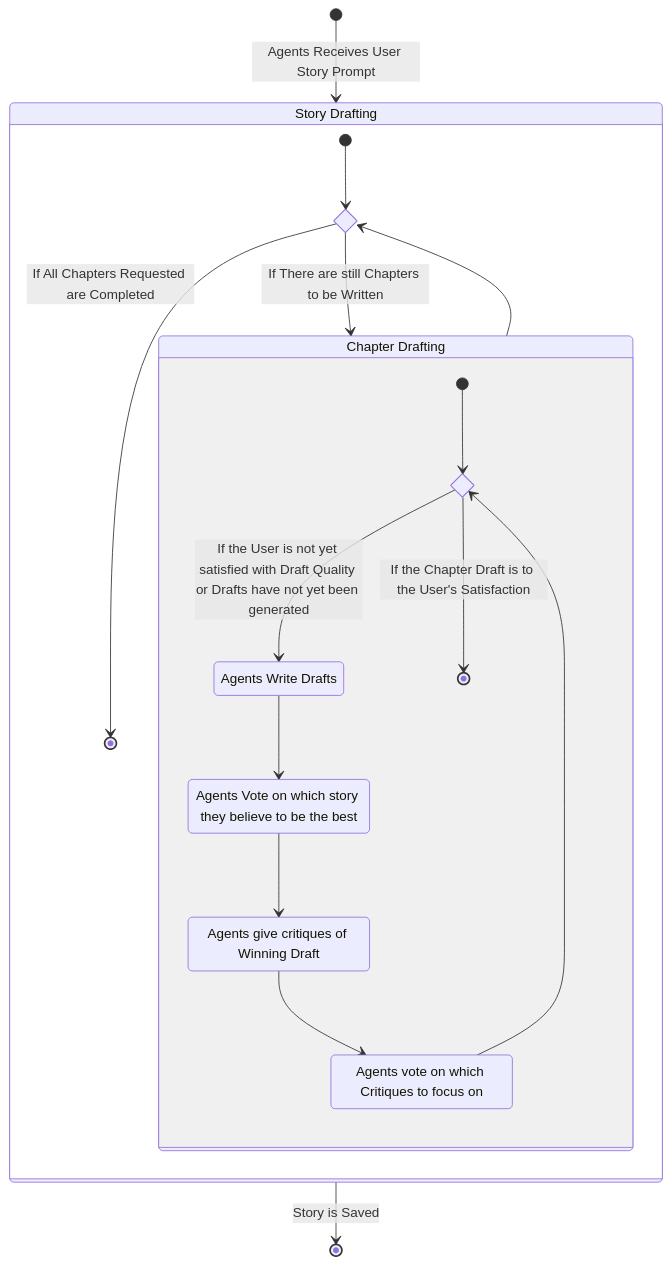
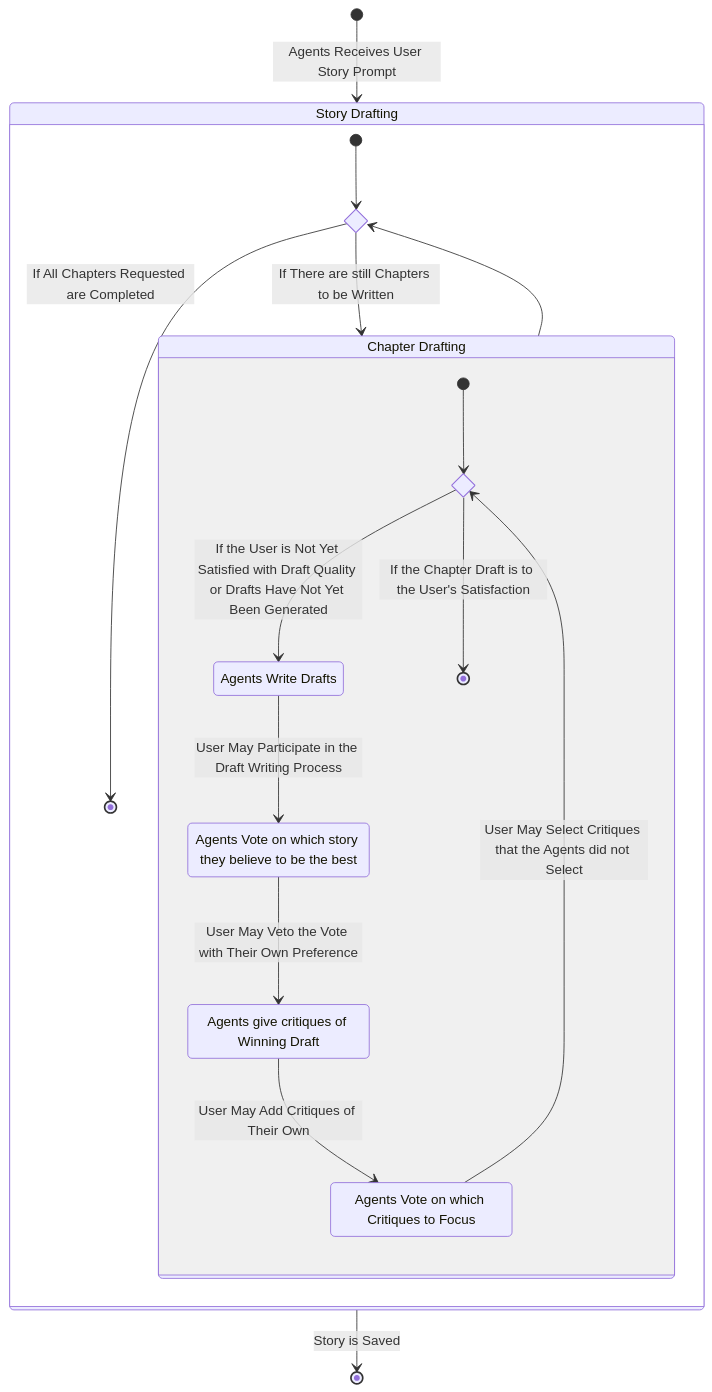
The diagram in documentation/docs/system-architecture/design.md (Capstone-Projects-2025-Spring/project-003-story-builder-team-1), drawn with Mermaid before and after one commit.

````diff
--- a/documentation/docs/system-architecture/design.md
+++ b/documentation/docs/system-architecture/design.md
@@ -5,42 +5,42 @@
  ```mermaid
 stateDiagram-v2
     [*] --> Story_Drafting: Agents Receives User Story Prompt
 
    Story_Drafting: Story Drafting
    state Story_Drafting {
       state is_finished <<choice>>
       [*] --> is_finished
 
       is_finished --> Chapter_Drafting: If There are still Chapters to be Written
 
       Chapter_Drafting: Chapter Drafting
       state Chapter_Drafting{
          state is_satisfied <<choice>>
          [*] --> is_satisfied
          
-         is_satisfied --> Draft: If the User is not yet satisfied with Draft Quality or Drafts have not yet been generated
+         is_satisfied --> Draft: If the User is Not Yet Satisfied with Draft Quality or Drafts Have Not Yet Been Generated
          Draft: Agents Write Drafts
 
-         Draft --> Vote
+         Draft --> Vote: User May Participate in the Draft Writing Process
          Vote: Agents Vote on which story they believe to be the best
 
-         Vote --> Critique
+         Vote --> Critique: User May Veto the Vote with Their Own Preference
          Critique: Agents give critiques of Winning Draft
 
-         Critique --> Critique_Vote
-         Critique_Vote: Agents vote on which Critiques to focus on
+         Critique --> Critique_Vote: User May Add Critiques of Their Own
+         Critique_Vote: Agents Vote on which Critiques to Focus
 
-         Critique_Vote --> is_satisfied
+         Critique_Vote --> is_satisfied: User May Select Critiques that the Agents did not Select
 
          is_satisfied --> [*]: If the Chapter Draft is to the User's Satisfaction
       }
 
       Chapter_Drafting --> is_finished
 
       is_finished --> [*]: If All Chapters Requested are Completed
          
    }
 
    Story_Drafting --> [*]: Story is Saved
 
 ```
````
